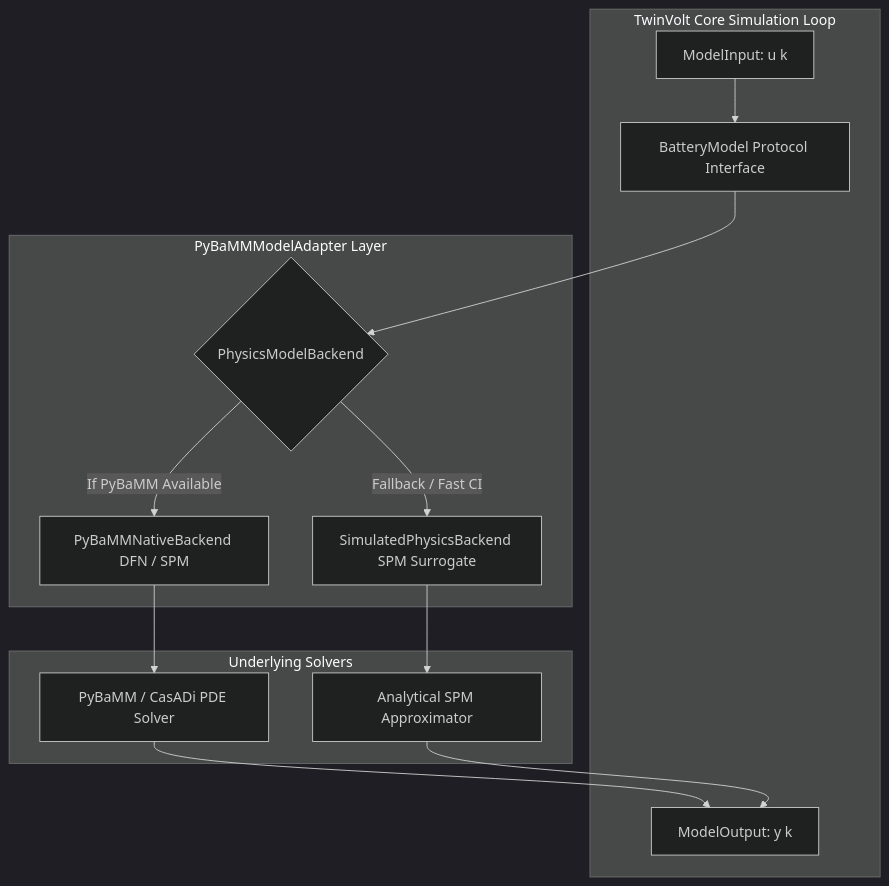
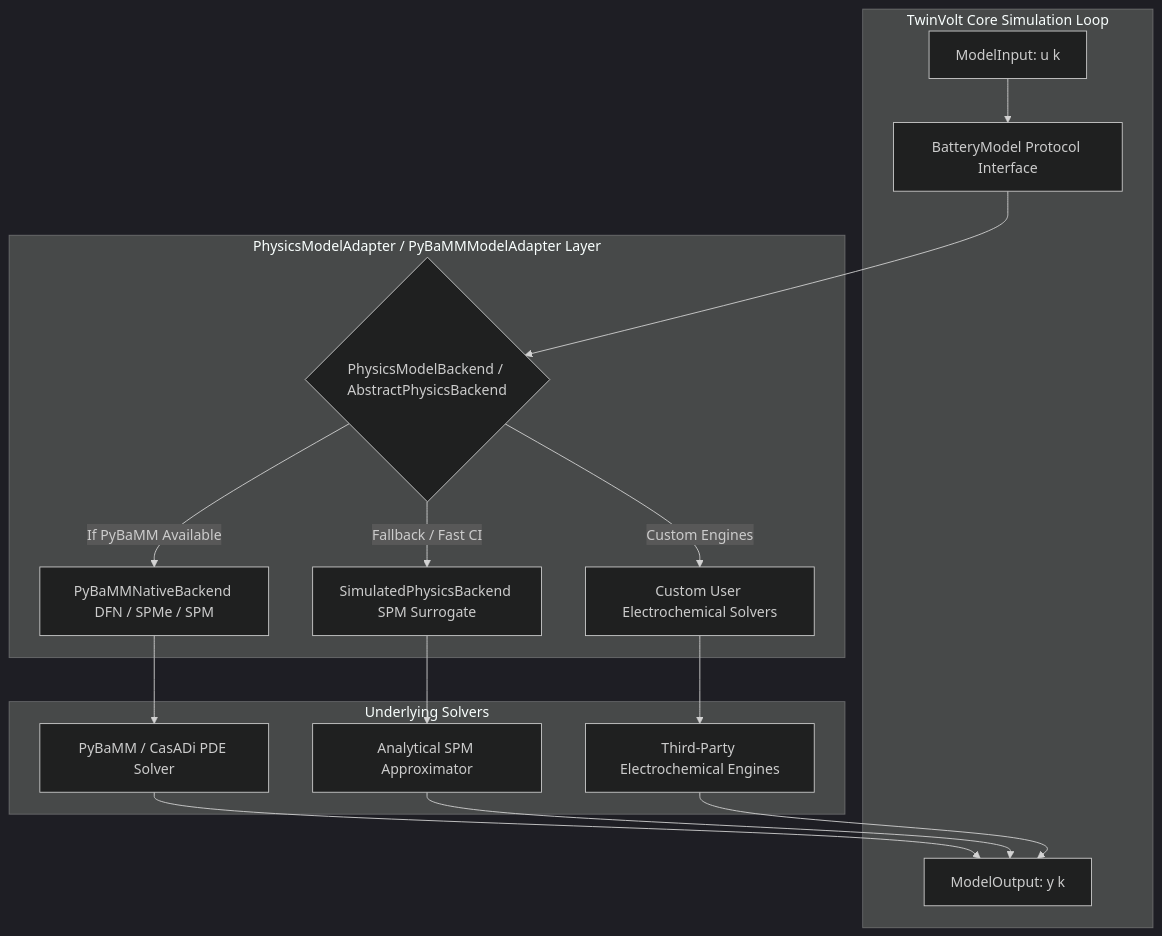
Before and after one commit to Prashant110405/TwinVolt-Battery-Digital-Twin: the diagram in docs/specifications/physics-model-adapter.md, drawn with Mermaid (dark theme). The commit also changed other lines of this file and 66 other files, not shown here.

````diff
--- a/docs/specifications/physics-model-adapter.md
+++ b/docs/specifications/physics-model-adapter.md
@@ -19,26 +19,30 @@
 ```mermaid
 flowchart TD
     subgraph Core [TwinVolt Core Simulation Loop]
         INP[ModelInput: u k]
         PROTO[BatteryModel Protocol Interface]
         OUT[ModelOutput: y k]
     end
 
-    subgraph Adapter [PyBaMMModelAdapter Layer]
-        BACKEND{PhysicsModelBackend}
-        NATIVE[PyBaMMNativeBackend DFN / SPM]
+    subgraph Adapter [PhysicsModelAdapter / PyBaMMModelAdapter Layer]
+        BACKEND{PhysicsModelBackend / AbstractPhysicsBackend}
+        NATIVE[PyBaMMNativeBackend DFN / SPMe / SPM]
         SIM[SimulatedPhysicsBackend SPM Surrogate]
+        CUSTOM[Custom User Electrochemical Solvers]
     end
 
     subgraph Solvers [Underlying Solvers]
         PYBAMM[PyBaMM / CasADi PDE Solver]
         ANALYTICAL[Analytical SPM Approximator]
+        THIRD_PARTY[Third-Party Electrochemical Engines]
     end
 
     INP --> PROTO
     PROTO --> BACKEND
     BACKEND -->|If PyBaMM Available| NATIVE --> PYBAMM
     BACKEND -->|Fallback / Fast CI| SIM --> ANALYTICAL
+    BACKEND -->|Custom Engines| CUSTOM --> THIRD_PARTY
     PYBAMM --> OUT
     ANALYTICAL --> OUT
+    THIRD_PARTY --> OUT
 ```
````
